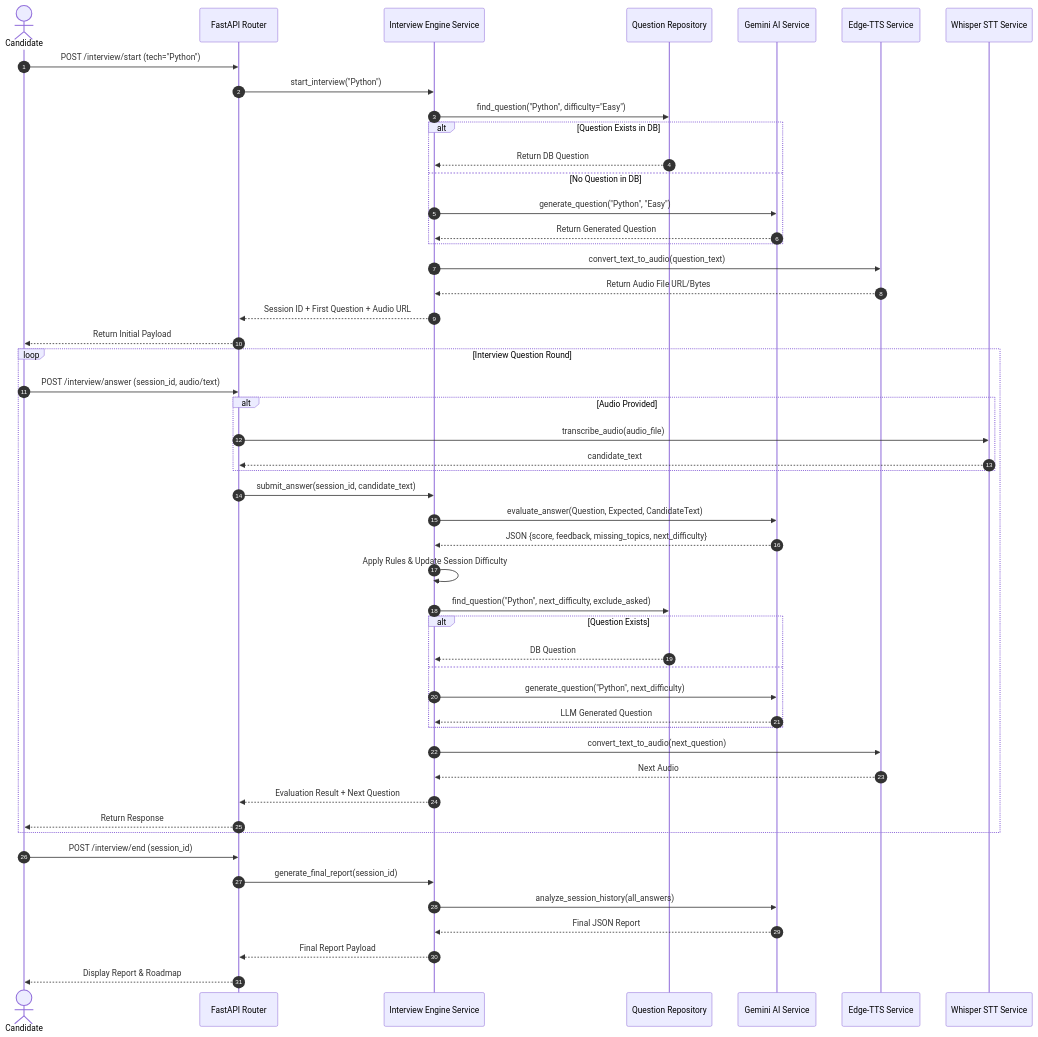
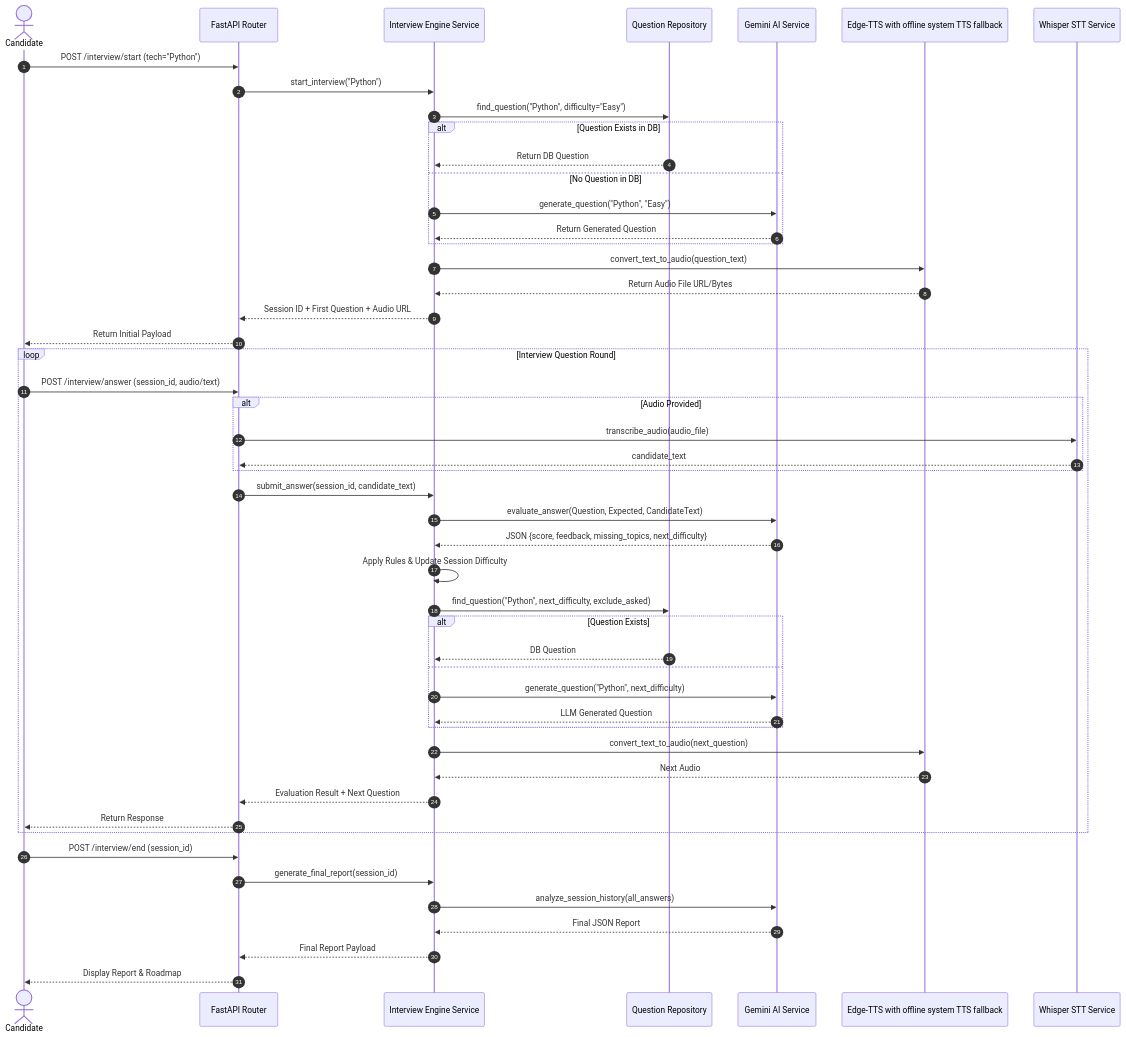
The first of 2 diagrams in implementation_plan.md (Mis957/Ai_Interviewer_backend_prototype), drawn with Mermaid before and after one commit. The commit also changed other lines of this file and 17 other files, not shown here.

````diff
--- a/implementation_plan.md
+++ b/implementation_plan.md
@@ -132,55 +132,55 @@
 ```mermaid
 sequenceDiagram
     autonumber
     actor Candidate
     participant Router as FastAPI Router
     participant Engine as Interview Engine Service
     participant QRepo as Question Repository
     participant Gemini as Gemini AI Service
-    participant TTS as Edge-TTS Service
+    participant TTS as Edge-TTS with offline system TTS fallback
     participant STT as Whisper STT Service
 
     Candidate->>Router: POST /interview/start (tech="Python")
     Router->>Engine: start_interview("Python")
     Engine->>QRepo: find_question("Python", difficulty="Easy")
     alt Question Exists in DB
         QRepo-->>Engine: Return DB Question
     else No Question in DB
         Engine->>Gemini: generate_question("Python", "Easy")
         Gemini-->>Engine: Return Generated Question
     end
     Engine->>TTS: convert_text_to_audio(question_text)
     TTS-->>Engine: Return Audio File URL/Bytes
     Engine-->>Router: Session ID + First Question + Audio URL
     Router-->>Candidate: Return Initial Payload
 
     loop Interview Question Round
         Candidate->>Router: POST /interview/answer (session_id, audio/text)
         alt Audio Provided
             Router->>STT: transcribe_audio(audio_file)
             STT-->>Router: candidate_text
         end
         Router->>Engine: submit_answer(session_id, candidate_text)
         Engine->>Gemini: evaluate_answer(Question, Expected, CandidateText)
         Gemini-->>Engine: JSON {score, feedback, missing_topics, next_difficulty}
         Engine->>Engine: Apply Rules & Update Session Difficulty
         Engine->>QRepo: find_question("Python", next_difficulty, exclude_asked)
         alt Question Exists
             QRepo-->>Engine: DB Question
         else
             Engine->>Gemini: generate_question("Python", next_difficulty)
             Gemini-->>Engine: LLM Generated Question
         end
         Engine->>TTS: convert_text_to_audio(next_question)
         TTS-->>Engine: Next Audio
         Engine-->>Router: Evaluation Result + Next Question
         Router-->>Candidate: Return Response
     end
 
     Candidate->>Router: POST /interview/end (session_id)
     Router->>Engine: generate_final_report(session_id)
     Engine->>Gemini: analyze_session_history(all_answers)
     Gemini-->>Engine: Final JSON Report
     Engine-->>Router: Final Report Payload
     Router-->>Candidate: Display Report & Roadmap
 ```
````
